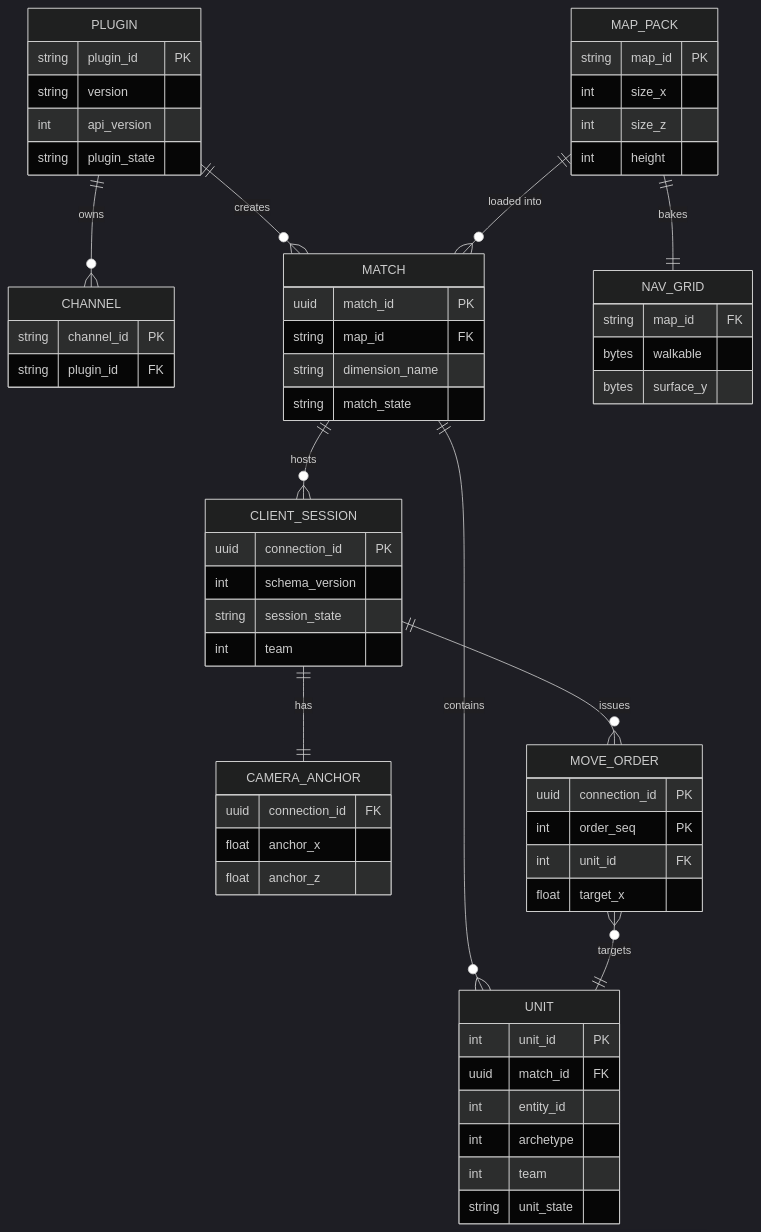
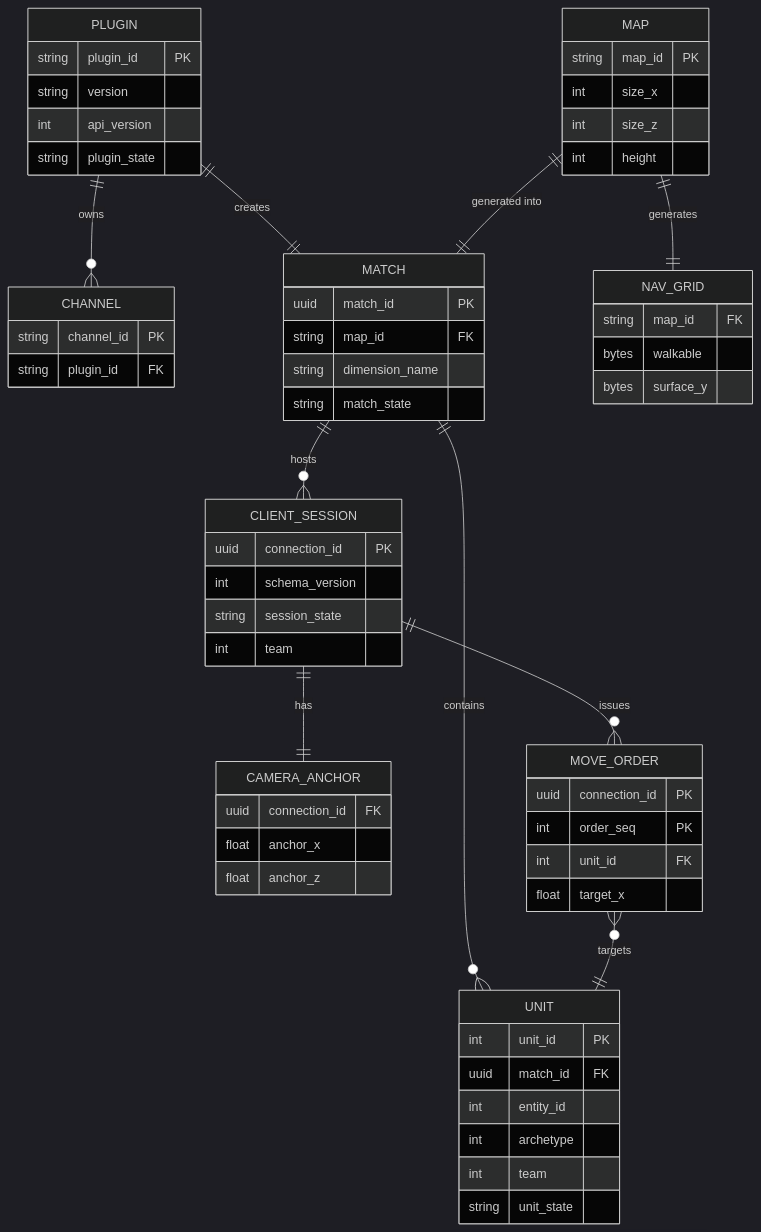
Before and after one commit to Bearisbug/synaxis: the second of 9 diagrams in docs/DESIGN-M2.md, drawn with Mermaid (dark theme). The commit also changed other lines of this file and 1 other file, not shown here.

````diff
--- a/docs/DESIGN-M2.md
+++ b/docs/DESIGN-M2.md
@@ -164,64 +166,64 @@
 ```mermaid
 erDiagram
   PLUGIN ||--o{ CHANNEL : owns
-  PLUGIN ||--o{ MATCH : creates
-  MAP_PACK ||--|| NAV_GRID : bakes
-  MAP_PACK ||--o{ MATCH : "loaded into"
+  PLUGIN ||--|| MATCH : creates
+  MAP ||--|| NAV_GRID : generates
+  MAP ||--|| MATCH : "generated into"
   MATCH ||--o{ UNIT : contains
   MATCH ||--o{ CLIENT_SESSION : hosts
   CLIENT_SESSION ||--|| CAMERA_ANCHOR : has
   CLIENT_SESSION ||--o{ MOVE_ORDER : issues
   MOVE_ORDER }o--|| UNIT : targets
   PLUGIN {
     string plugin_id PK
     string version
     int api_version
     string plugin_state
   }
   CHANNEL {
     string channel_id PK
     string plugin_id FK
   }
-  MAP_PACK {
+  MAP {
     string map_id PK
     int size_x
     int size_z
     int height
   }
   NAV_GRID {
     string map_id FK
     bytes walkable
     bytes surface_y
   }
   MATCH {
     uuid match_id PK
     string map_id FK
     string dimension_name
     string match_state
   }
   UNIT {
     int unit_id PK
     uuid match_id FK
     int entity_id
     int archetype
     int team
     string unit_state
   }
   CLIENT_SESSION {
     uuid connection_id PK
     int schema_version
     string session_state
     int team
   }
   CAMERA_ANCHOR {
     uuid connection_id FK
     float anchor_x
     float anchor_z
   }
   MOVE_ORDER {
     uuid connection_id PK
     int order_seq PK
     int unit_id FK
     float target_x
   }
 ```
````
